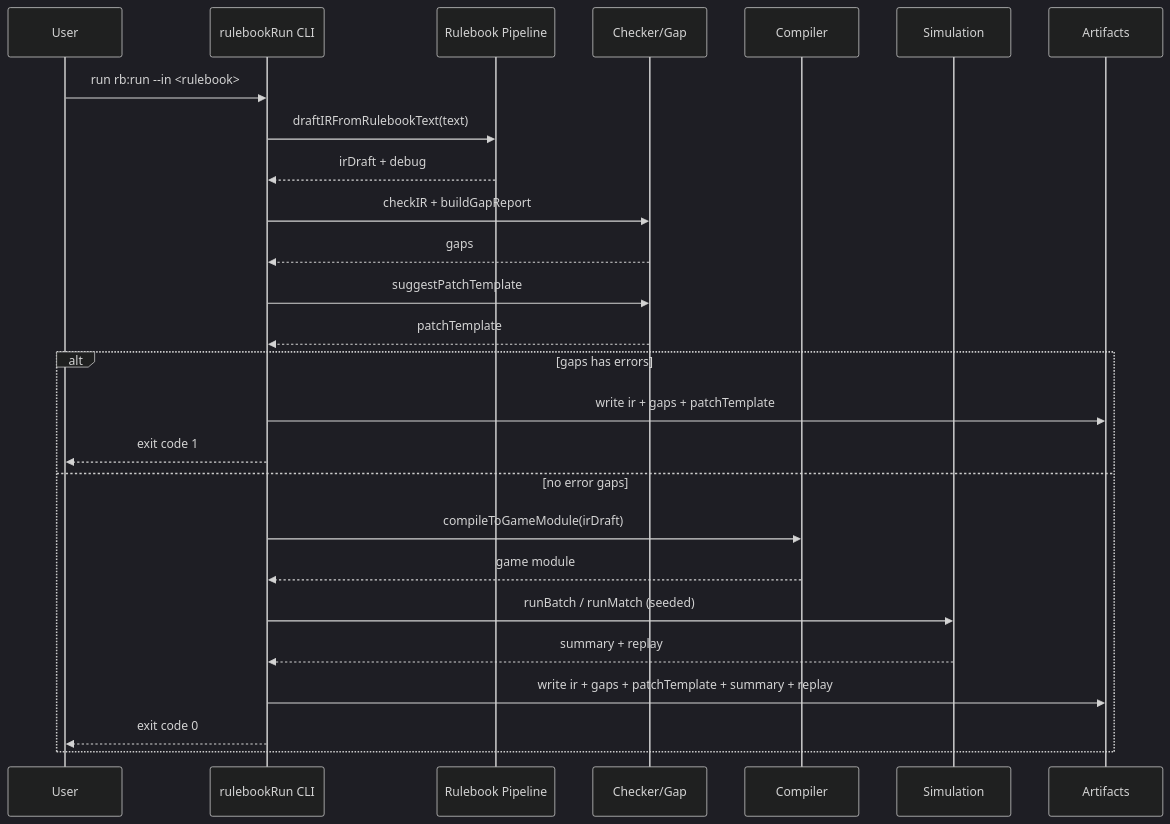
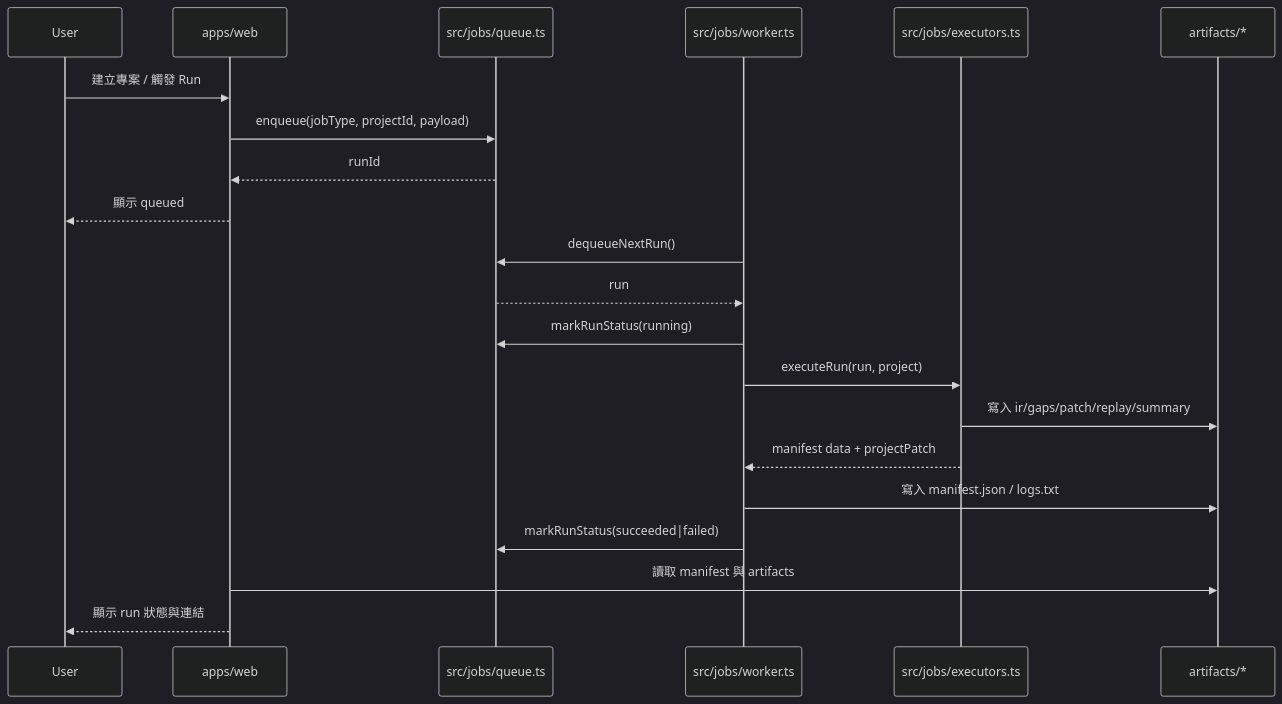
The second of 3 diagrams in docs/architecture.md (Timothy104005/board-game-app), drawn with Mermaid (dark theme) before and after one commit. The commit also changed other lines of this file and 6 other files, not shown here.

Commit message:
docs: architecture + IR spec + metrics + tuning + productization + web runbook

````diff
--- a/docs/architecture.md
+++ b/docs/architecture.md
@@ -19,30 +25,25 @@
 ```mermaid
 sequenceDiagram
-  participant U as User
-  participant CLI as rulebookRun CLI
-  participant RB as Rulebook Pipeline
-  participant IR as Checker/Gap
-  participant CMP as Compiler
-  participant SIM as Simulation
-  participant FS as Artifacts
+  participant User as User
+  participant Web as apps/web
+  participant Queue as src/jobs/queue.ts
+  participant Worker as src/jobs/worker.ts
+  participant Exec as src/jobs/executors.ts
+  participant FS as artifacts/*
 
-  U->>CLI: run rb:run --in <rulebook>
-  CLI->>RB: draftIRFromRulebookText(text)
-  RB-->>CLI: irDraft + debug
-  CLI->>IR: checkIR + buildGapReport
-  IR-->>CLI: gaps
-  CLI->>IR: suggestPatchTemplate
-  IR-->>CLI: patchTemplate
+  User->>Web: 建立專案 / 觸發 Run
+  Web->>Queue: enqueue(jobType, projectId, payload)
+  Queue-->>Web: runId
+  Web-->>User: 顯示 queued
 
-  alt gaps has errors
-    CLI->>FS: write ir + gaps + patchTemplate
-    CLI-->>U: exit code 1
-  else no error gaps
-    CLI->>CMP: compileToGameModule(irDraft)
-    CMP-->>CLI: game module
-    CLI->>SIM: runBatch / runMatch (seeded)
-    SIM-->>CLI: summary + replay
-    CLI->>FS: write ir + gaps + patchTemplate + summary + replay
-    CLI-->>U: exit code 0
-  end
+  Worker->>Queue: dequeueNextRun()
+  Queue-->>Worker: run
+  Worker->>Queue: markRunStatus(running)
+  Worker->>Exec: executeRun(run, project)
+  Exec->>FS: 寫入 ir/gaps/patch/replay/summary
+  Exec-->>Worker: manifest data + projectPatch
+  Worker->>FS: 寫入 manifest.json / logs.txt
+  Worker->>Queue: markRunStatus(succeeded|failed)
+  Web->>FS: 讀取 manifest 與 artifacts
+  Web-->>User: 顯示 run 狀態與連結
 ```
````
